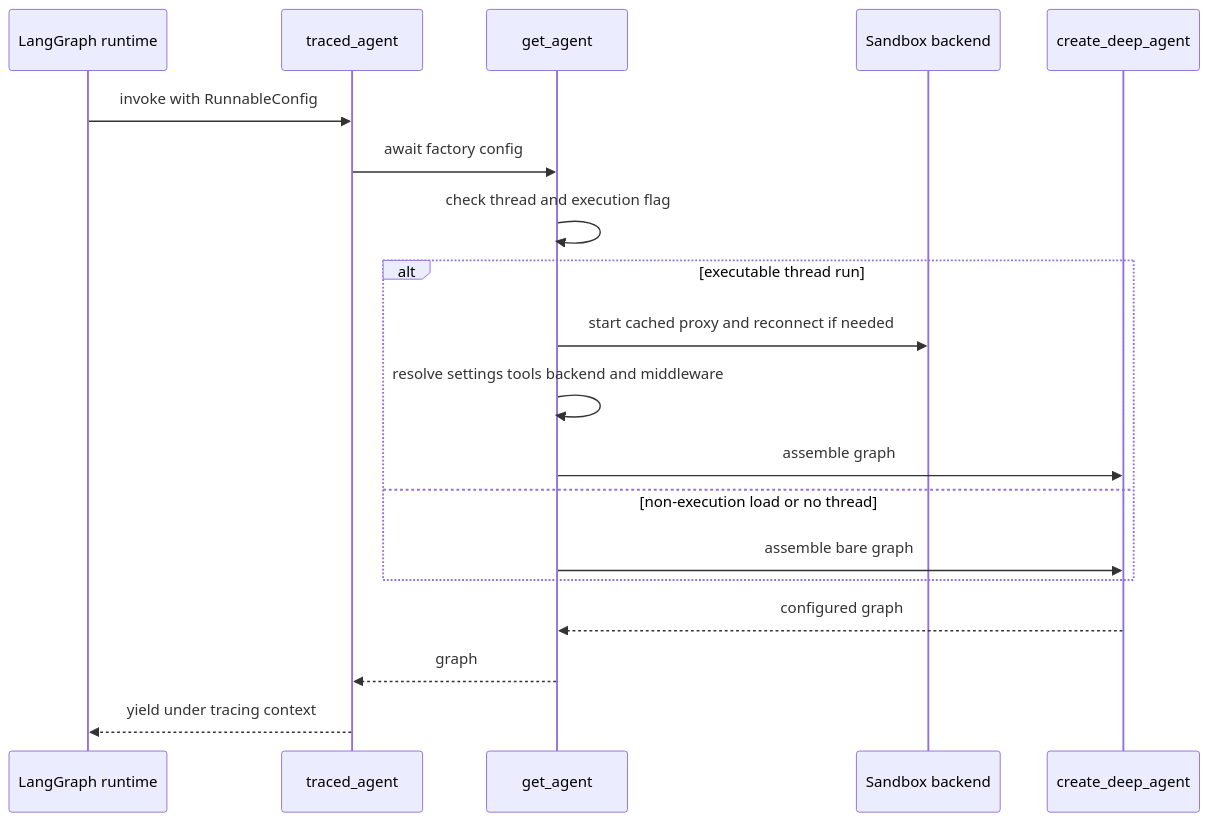
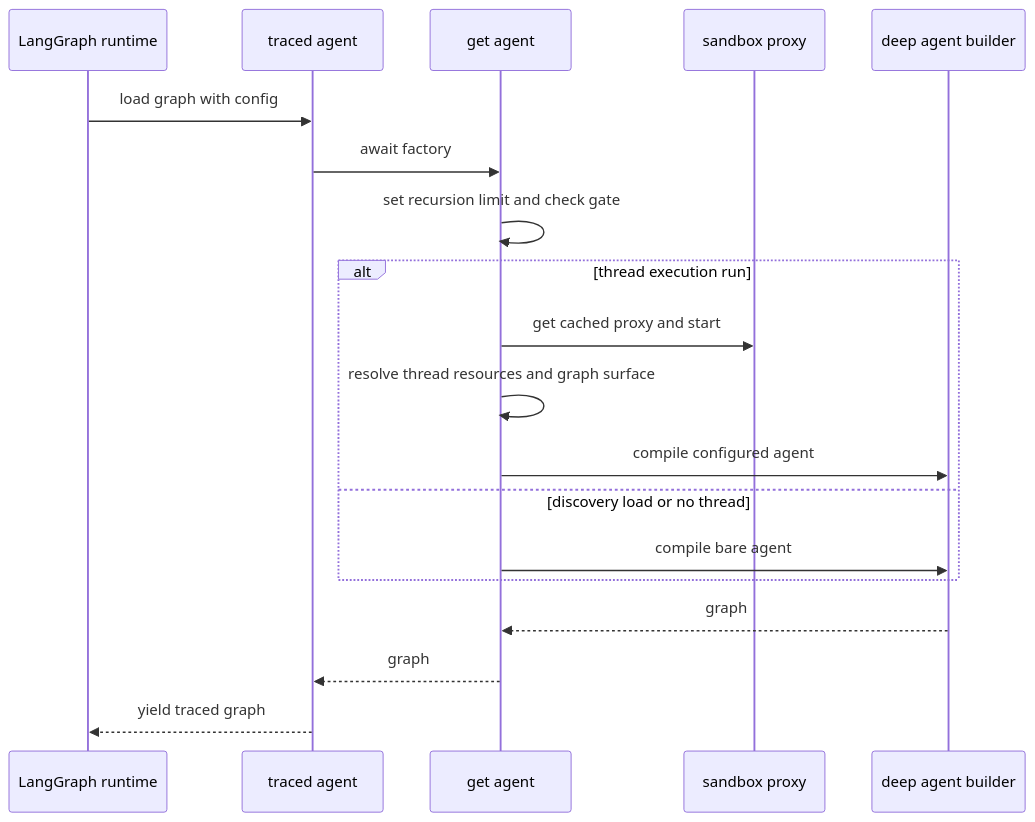
The first of 2 diagrams in openwiki/architecture/agent-graph.md (langchain-ai/open-swe), drawn with Mermaid before and after one commit. The commit also changed other lines of this file and 21 other files, not shown here.

````diff
--- a/openwiki/architecture/agent-graph.md
+++ b/openwiki/architecture/agent-graph.md
@@ -55,22 +33,22 @@
 ```mermaid
 sequenceDiagram
     participant Runtime as LangGraph runtime
-    participant Entry as traced_agent
-    participant Factory as get_agent
-    participant Sandbox as Sandbox backend
-    participant Deep as create_deep_agent
+    participant Entry as traced agent
+    participant Factory as get agent
+    participant Backend as sandbox proxy
+    participant Deep as deep agent builder
 
-    Runtime->>Entry: invoke with RunnableConfig
-    Entry->>Factory: await factory config
-    Factory->>Factory: check thread and execution flag
-    alt executable thread run
-        Factory->>Sandbox: start cached proxy and reconnect if needed
-        Factory->>Factory: resolve settings tools backend and middleware
-        Factory->>Deep: assemble graph
-    else non-execution load or no thread
-        Factory->>Deep: assemble bare graph
+    Runtime->>Entry: load graph with config
+    Entry->>Factory: await factory
+    Factory->>Factory: set recursion limit and check gate
+    alt thread execution run
+        Factory->>Backend: get cached proxy and start
+        Factory->>Factory: resolve thread resources and graph surface
+        Factory->>Deep: compile configured agent
+    else discovery load or no thread
+        Factory->>Deep: compile bare agent
     end
-    Deep-->>Factory: configured graph
+    Deep-->>Factory: graph
     Factory-->>Entry: graph
-    Entry-->>Runtime: yield under tracing context
+    Entry-->>Runtime: yield traced graph
 ```
````
